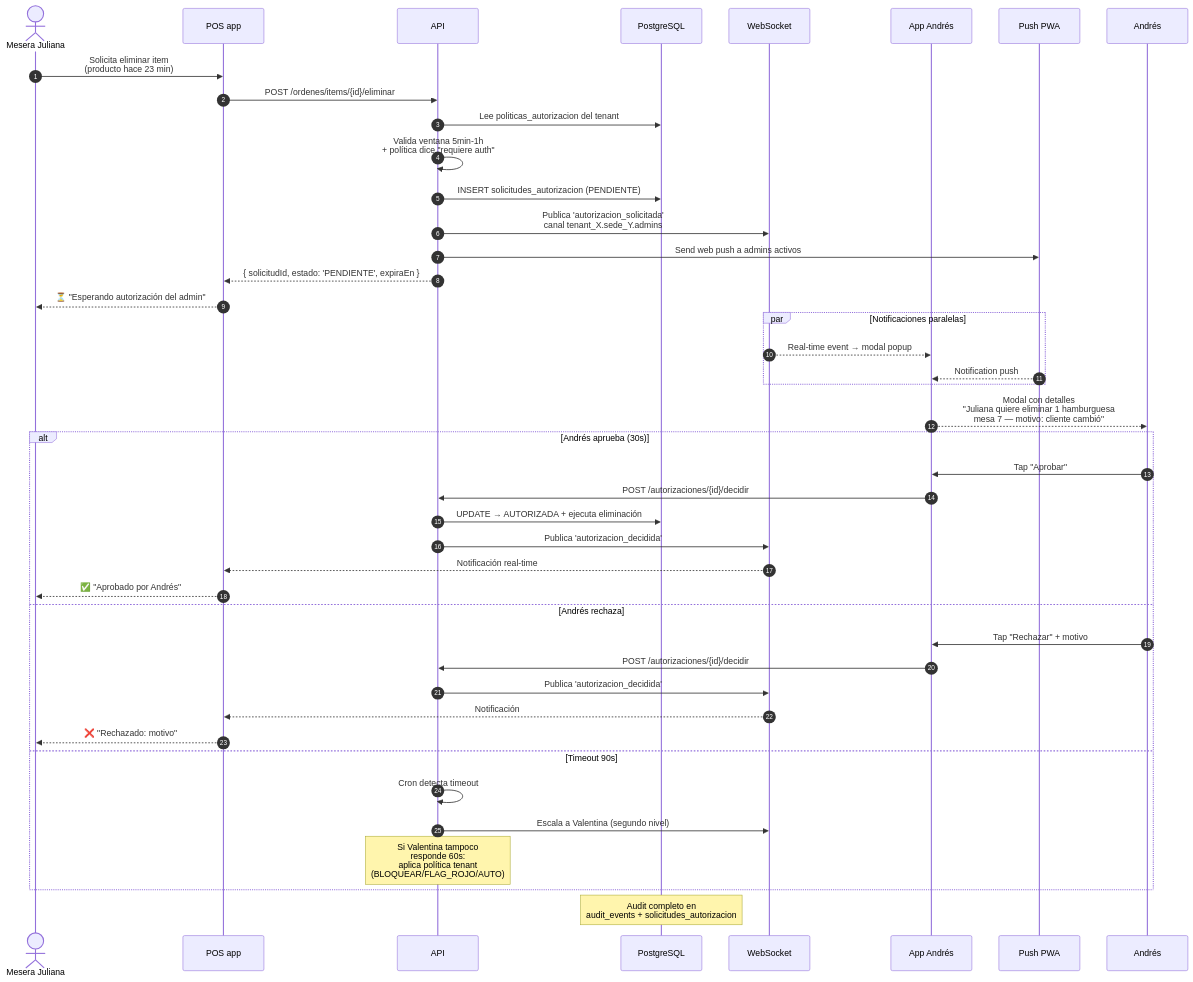
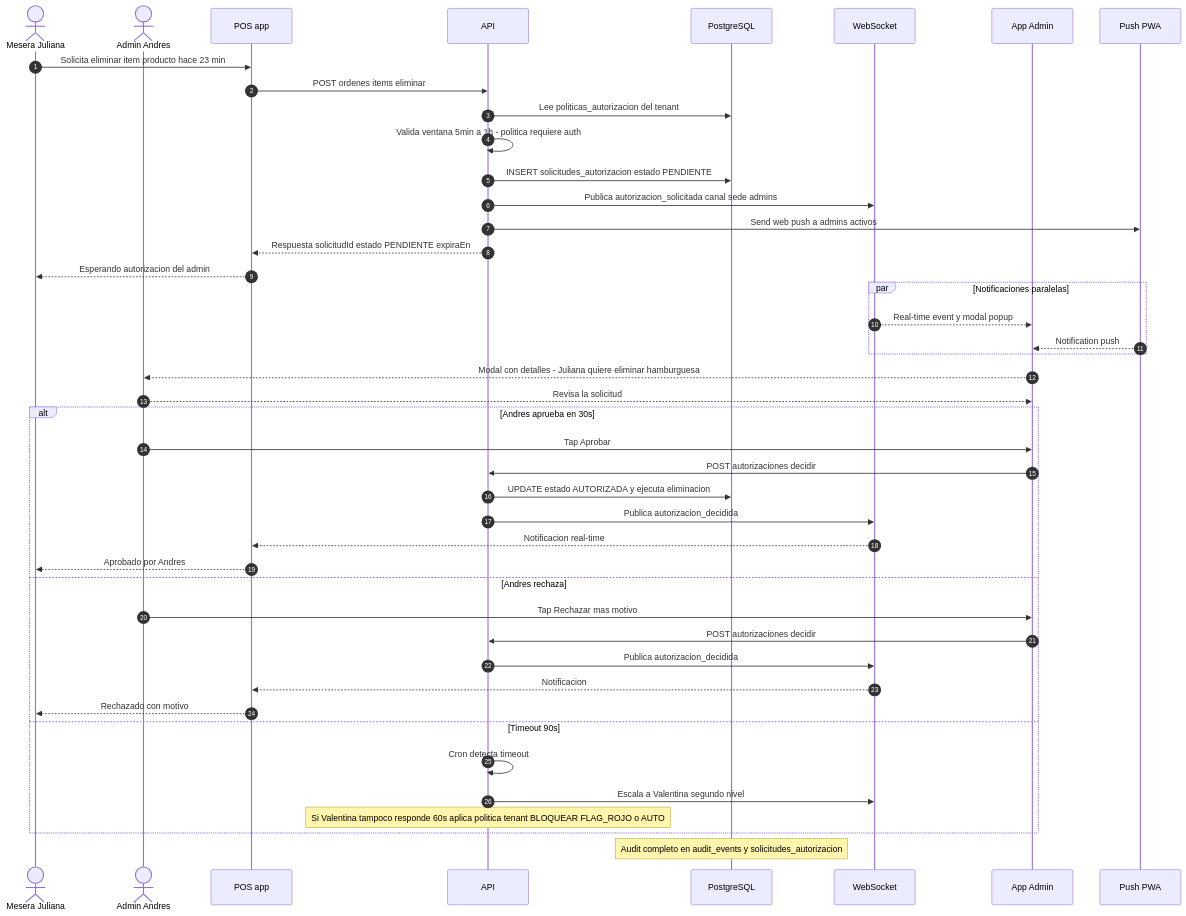
Before and after one commit to ValentinaX63/c2: diagram 24 of 25 in Estación 2/specs/arquitectura-diagrama.md, drawn with Mermaid. The commit also changed other lines of this file, not shown here.

First line of the commit message:
fix(diagramas): corregir sintaxis Mermaid en 3 sequence diagrams + 1 state machine

````diff
--- a/Estación 2/specs/arquitectura-diagrama.md
+++ b/Estación 2/specs/arquitectura-diagrama.md
@@ -1279,49 +1279,51 @@
 ```mermaid
 sequenceDiagram
     autonumber
     actor M as Mesera Juliana
+    actor A as Admin Andres
     participant POS as POS app
     participant API as API
     participant DB as PostgreSQL
     participant WS as WebSocket
-    participant ADMIN as App Andrés
+    participant ADMIN as App Admin
     participant PUSH as Push PWA
 
-    M->>POS: Solicita eliminar item<br/>(producto hace 23 min)
-    POS->>API: POST /ordenes/items/{id}/eliminar
+    M->>POS: Solicita eliminar item producto hace 23 min
+    POS->>API: POST ordenes items eliminar
     API->>DB: Lee politicas_autorizacion del tenant
-    API->>API: Valida ventana 5min-1h<br/>+ política dice "requiere auth"
-    API->>DB: INSERT solicitudes_autorizacion (PENDIENTE)
-    API->>WS: Publica 'autorizacion_solicitada'<br/>canal tenant_X.sede_Y.admins
+    API->>API: Valida ventana 5min a 1h - politica requiere auth
+    API->>DB: INSERT solicitudes_autorizacion estado PENDIENTE
+    API->>WS: Publica autorizacion_solicitada canal sede admins
     API->>PUSH: Send web push a admins activos
-    API-->>POS: { solicitudId, estado: 'PENDIENTE', expiraEn }
-    POS-->>M: ⏳ "Esperando autorización del admin"
+    API-->>POS: Respuesta solicitudId estado PENDIENTE expiraEn
+    POS-->>M: Esperando autorizacion del admin
 
     par Notificaciones paralelas
-        WS-->>ADMIN: Real-time event → modal popup
+        WS-->>ADMIN: Real-time event y modal popup
         PUSH-->>ADMIN: Notification push
     end
 
-    ADMIN-->>Andrés: Modal con detalles<br/>"Juliana quiere eliminar 1 hamburguesa<br/>mesa 7 — motivo: cliente cambió"
+    ADMIN-->>A: Modal con detalles - Juliana quiere eliminar hamburguesa
+    A-->>ADMIN: Revisa la solicitud
 
-    alt Andrés aprueba (30s)
-        Andrés->>ADMIN: Tap "Aprobar"
-        ADMIN->>API: POST /autorizaciones/{id}/decidir
-        API->>DB: UPDATE → AUTORIZADA + ejecuta eliminación
-        API->>WS: Publica 'autorizacion_decidida'
-        WS-->>POS: Notificación real-time
-        POS-->>M: ✅ "Aprobado por Andrés"
-    else Andrés rechaza
-        Andrés->>ADMIN: Tap "Rechazar" + motivo
-        ADMIN->>API: POST /autorizaciones/{id}/decidir
-        API->>WS: Publica 'autorizacion_decidida'
-        WS-->>POS: Notificación
-        POS-->>M: ❌ "Rechazado: motivo"
+    alt Andres aprueba en 30s
+        A->>ADMIN: Tap Aprobar
+        ADMIN->>API: POST autorizaciones decidir
+        API->>DB: UPDATE estado AUTORIZADA y ejecuta eliminacion
+        API->>WS: Publica autorizacion_decidida
+        WS-->>POS: Notificacion real-time
+        POS-->>M: Aprobado por Andres
+    else Andres rechaza
+        A->>ADMIN: Tap Rechazar mas motivo
+        ADMIN->>API: POST autorizaciones decidir
+        API->>WS: Publica autorizacion_decidida
+        WS-->>POS: Notificacion
+        POS-->>M: Rechazado con motivo
     else Timeout 90s
         API->>API: Cron detecta timeout
-        API->>WS: Escala a Valentina (segundo nivel)
-        Note over API: Si Valentina tampoco<br/>responde 60s:<br/>aplica política tenant<br/>(BLOQUEAR/FLAG_ROJO/AUTO)
+        API->>WS: Escala a Valentina segundo nivel
+        Note over API: Si Valentina tampoco responde 60s aplica politica tenant BLOQUEAR FLAG_ROJO o AUTO
     end
 
-    Note over DB: Audit completo en<br/>audit_events + solicitudes_autorizacion
+    Note over DB: Audit completo en audit_events y solicitudes_autorizacion
 ```
````
